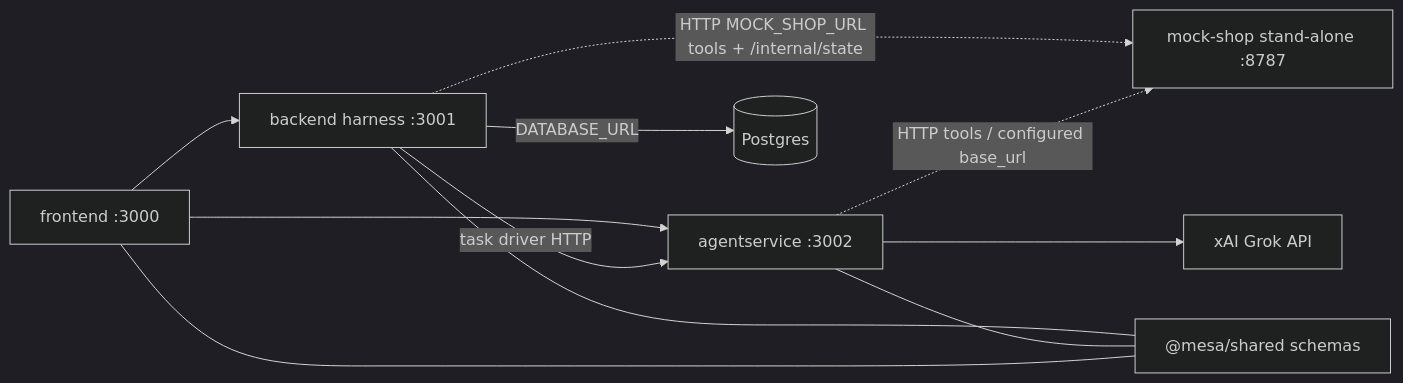
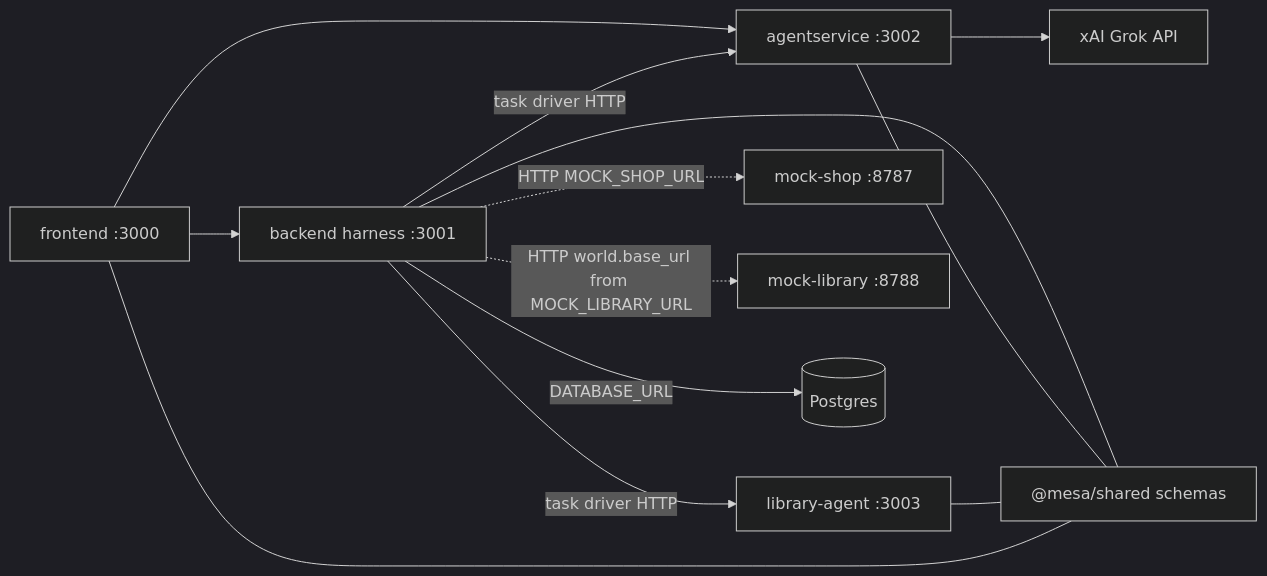
Before and after one commit to mesagroup/MESA-AgentFailureLab: the diagram in docs/architecture.md, drawn with Mermaid (dark theme). The commit also changed other lines of this file and 3 other files, not shown here.

````diff
--- a/docs/architecture.md
+++ b/docs/architecture.md
@@ -5,21 +5,25 @@
 ```mermaid
 flowchart LR
   UI[frontend :3000]
   BE[backend harness :3001]
   AS[agentservice :3002]
-  SHOP[mock-shop stand-alone :8787]
+  LIB[library-agent :3003]
+  SHOP[mock-shop :8787]
+  MOCKLIB[mock-library :8788]
   XAI[xAI Grok API]
   PG[(Postgres)]
   SHARED["@mesa/shared schemas"]
 
   UI --> BE
   UI --> AS
   BE -->|task driver HTTP| AS
-  BE -.->|HTTP MOCK_SHOP_URL tools + /internal/state| SHOP
-  AS -.->|HTTP tools / configured base_url| SHOP
+  BE -->|task driver HTTP| LIB
+  BE -.->|HTTP MOCK_SHOP_URL| SHOP
+  BE -.->|HTTP world.base_url from MOCK_LIBRARY_URL| MOCKLIB
   AS --> XAI
   BE -->|DATABASE_URL| PG
   BE --- SHARED
   AS --- SHARED
+  LIB --- SHARED
   UI --- SHARED
 ```
````
